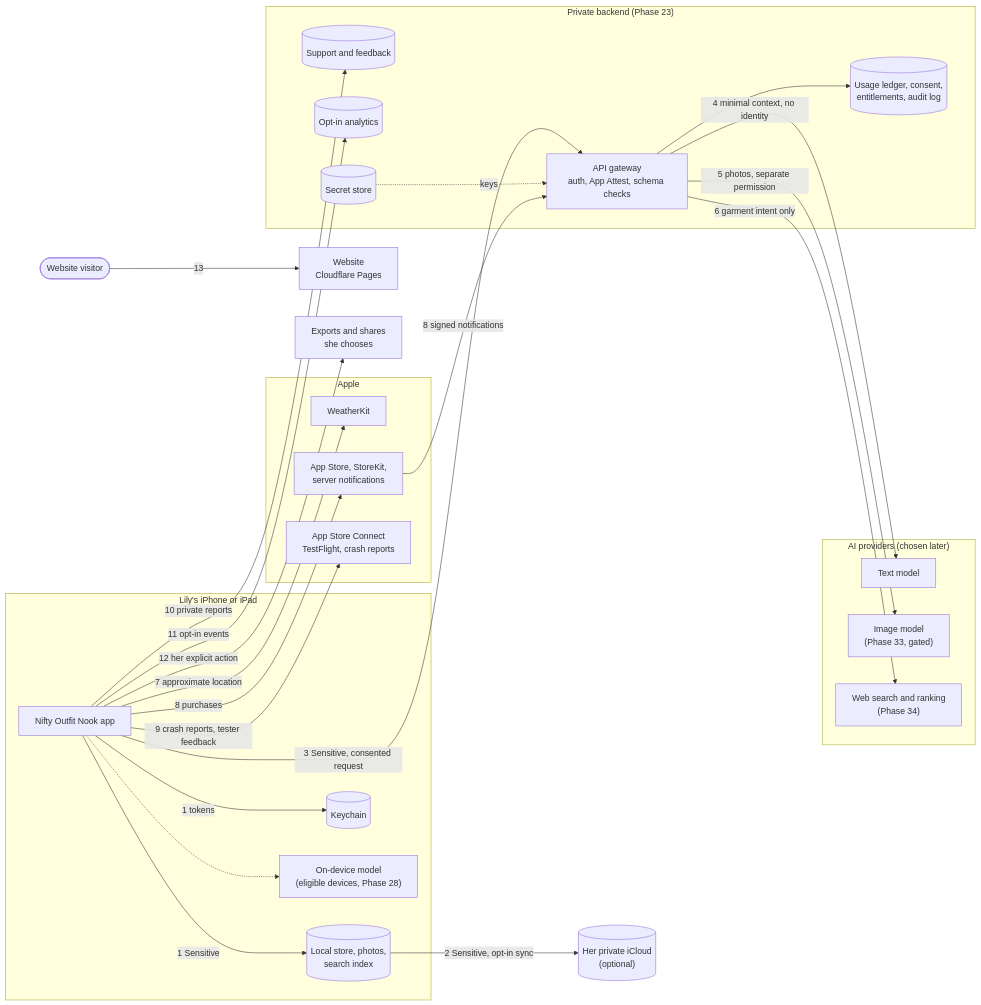
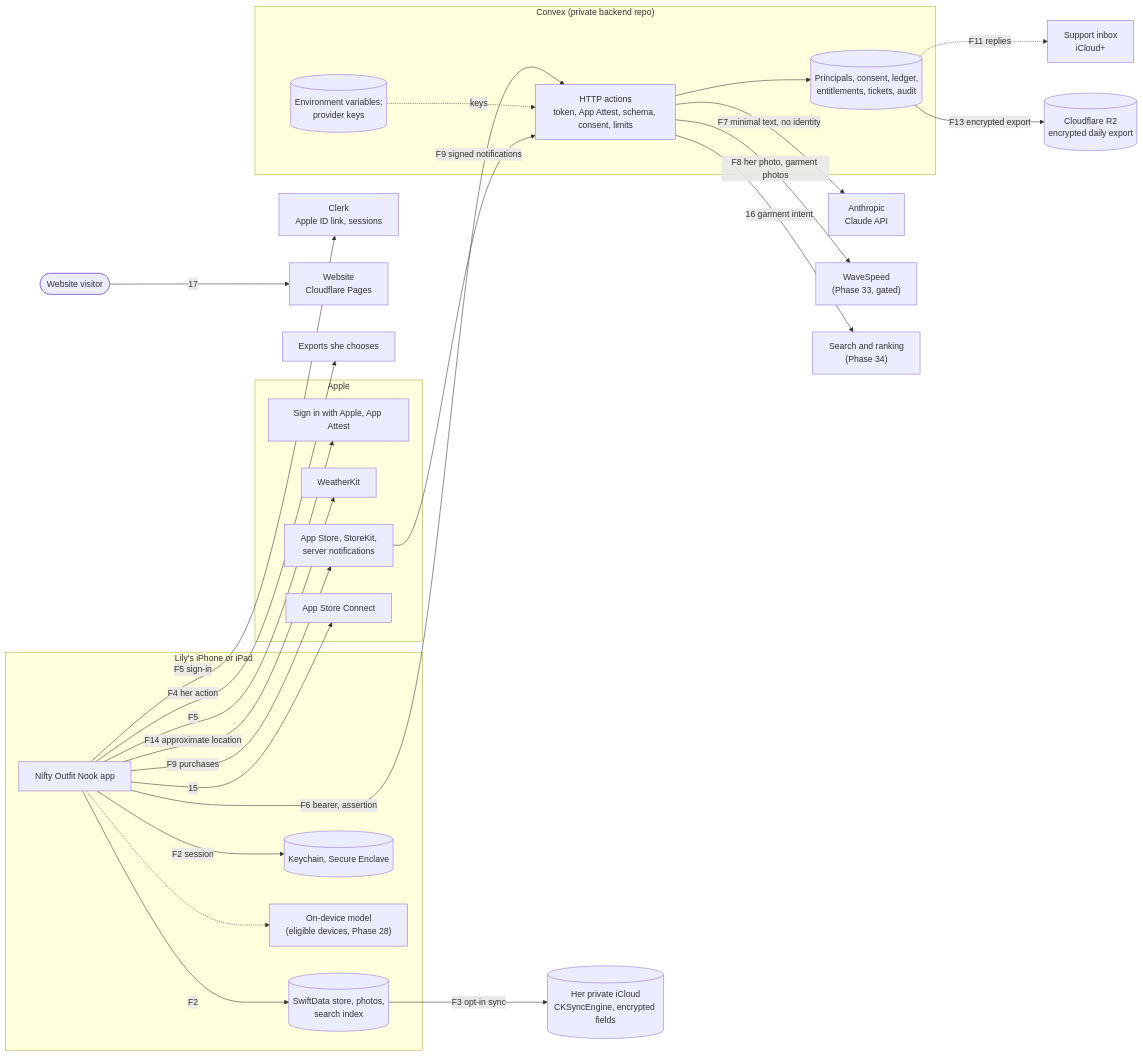
Before and after one commit to jsayram/closet: the diagram in DATA_MAP.md, drawn with Mermaid. The commit also changed other lines of this file and 2 other files, not shown here.

First line of the commit message:
Phase 19a: threat model and data map for real data

````diff
--- a/DATA_MAP.md
+++ b/DATA_MAP.md
@@ -134,54 +206,56 @@
 ```mermaid
 flowchart LR
     subgraph Phone["Lily's iPhone or iPad"]
         App["Nifty Outfit Nook app"]
-        Store[("Local store, photos,<br/>search index")]
-        KC[("Keychain")]
+        Store[("SwiftData store, photos,<br/>search index")]
+        KC[("Keychain, Secure Enclave")]
         FM["On-device model<br/>(eligible devices, Phase 28)"]
     end
 
-    iCloud[("Her private iCloud<br/>(optional)")]
+    iCloud[("Her private iCloud<br/>CKSyncEngine, encrypted fields")]
+    Clerk["Clerk<br/>Apple ID link, sessions"]
 
-    subgraph Backend["Private backend (Phase 23)"]
-        GW["API gateway<br/>auth, App Attest, schema checks"]
-        Ledger[("Usage ledger, consent,<br/>entitlements, audit log")]
-        Support[("Support and feedback")]
-        Analytics[("Opt-in analytics")]
-        Secrets[("Secret store")]
+    subgraph Convex["Convex (private backend repo)"]
+        GW["HTTP actions<br/>token, App Attest, schema, consent, limits"]
+        DB[("Principals, consent, ledger,<br/>entitlements, tickets, audit")]
+        Env[("Environment variables:<br/>provider keys")]
     end
 
-    subgraph AI["AI providers (chosen later)"]
-        TextAI["Text model"]
-        ImageAI["Image model<br/>(Phase 33, gated)"]
-        Search["Web search and ranking<br/>(Phase 34)"]
+    Claude["Anthropic<br/>Claude API"]
+    WS["WaveSpeed<br/>(Phase 33, gated)"]
+    Search["Search and ranking<br/>(Phase 34)"]
+    R2[("Cloudflare R2<br/>encrypted daily export")]
+
+    subgraph Apple["Apple"]
+        SIWA["Sign in with Apple, App Attest"]
+        Weather["WeatherKit"]
+        StoreKit["App Store, StoreKit,<br/>server notifications"]
+        ASC["App Store Connect"]
     end
 
-    subgraph Apple["Apple"]
-        Weather["WeatherKit"]
-        StoreKit["App Store, StoreKit,<br/>server notifications"]
-        ASC["App Store Connect<br/>TestFlight, crash reports"]
-    end
-
+    Inbox["Support inbox<br/>iCloud+"]
     Web["Website<br/>Cloudflare Pages"]
-    Out["Exports and shares<br/>she chooses"]
+    Out["Exports she chooses"]
     Visitor(["Website visitor"])
 
-    App -- "1 Sensitive" --> Store
-    App -- "1 tokens" --> KC
+    App -- "F2" --> Store
+    App -- "F2 session" --> KC
     App -.-> FM
-    Store -- "2 Sensitive, opt-in sync" --> iCloud
-    App -- "3 Sensitive, consented request" --> GW
-    GW --> Ledger
-    Secrets -. keys .-> GW
-    GW -- "4 minimal context, no identity" --> TextAI
-    GW -- "5 photos, separate permission" --> ImageAI
-    GW -- "6 garment intent only" --> Search
-    App -- "7 approximate location" --> Weather
-    App -- "8 purchases" --> StoreKit
-    StoreKit -- "8 signed notifications" --> GW
-    App -- "9 crash reports, tester feedback" --> ASC
-    App -- "10 private reports" --> Support
-    App -- "11 opt-in events" --> Analytics
-    App -- "12 her explicit action" --> Out
-    Visitor -- "13" --> Web
+    Store -- "F3 opt-in sync" --> iCloud
+    App -- "F4 her action" --> Out
+    App -- "F5" --> SIWA
+    App -- "F5 sign-in" --> Clerk
+    App -- "F6 bearer, assertion" --> GW
+    GW --> DB
+    Env -. keys .-> GW
+    GW -- "F7 minimal text, no identity" --> Claude
+    GW -- "F8 her photo, garment photos" --> WS
+    GW -- "16 garment intent" --> Search
+    StoreKit -- "F9 signed notifications" --> GW
+    App -- "F9 purchases" --> StoreKit
+    DB -. "F11 replies" .-> Inbox
+    DB -- "F13 encrypted export" --> R2
+    App -- "F14 approximate location" --> Weather
+    App -- "15" --> ASC
+    Visitor -- "17" --> Web
 ```
````
